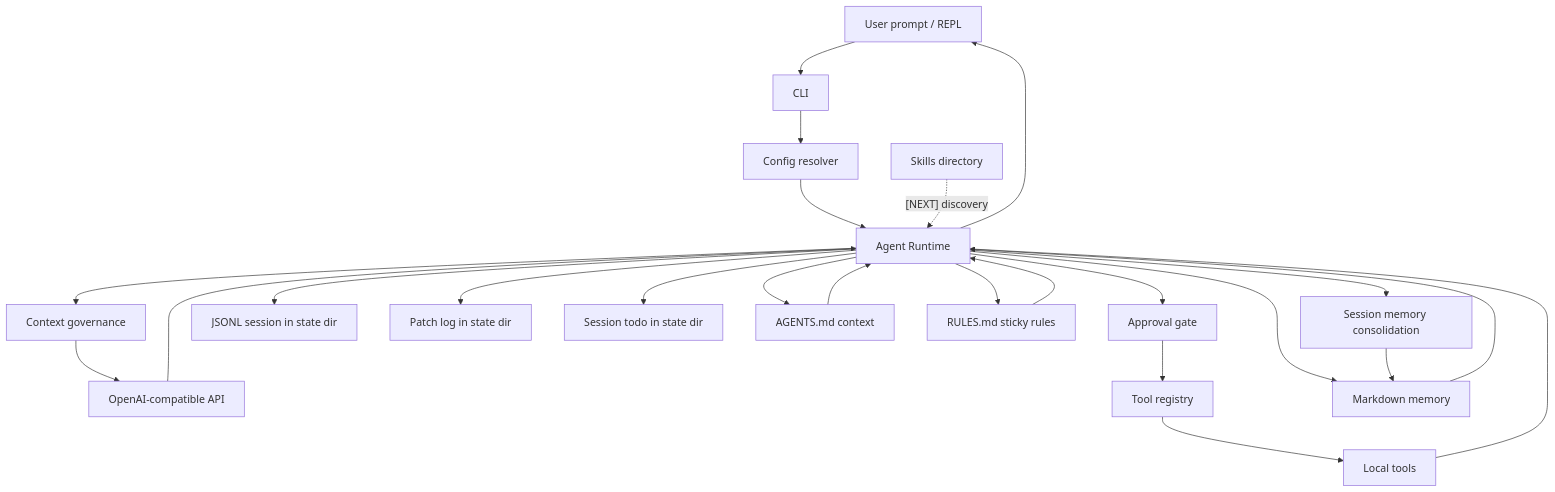
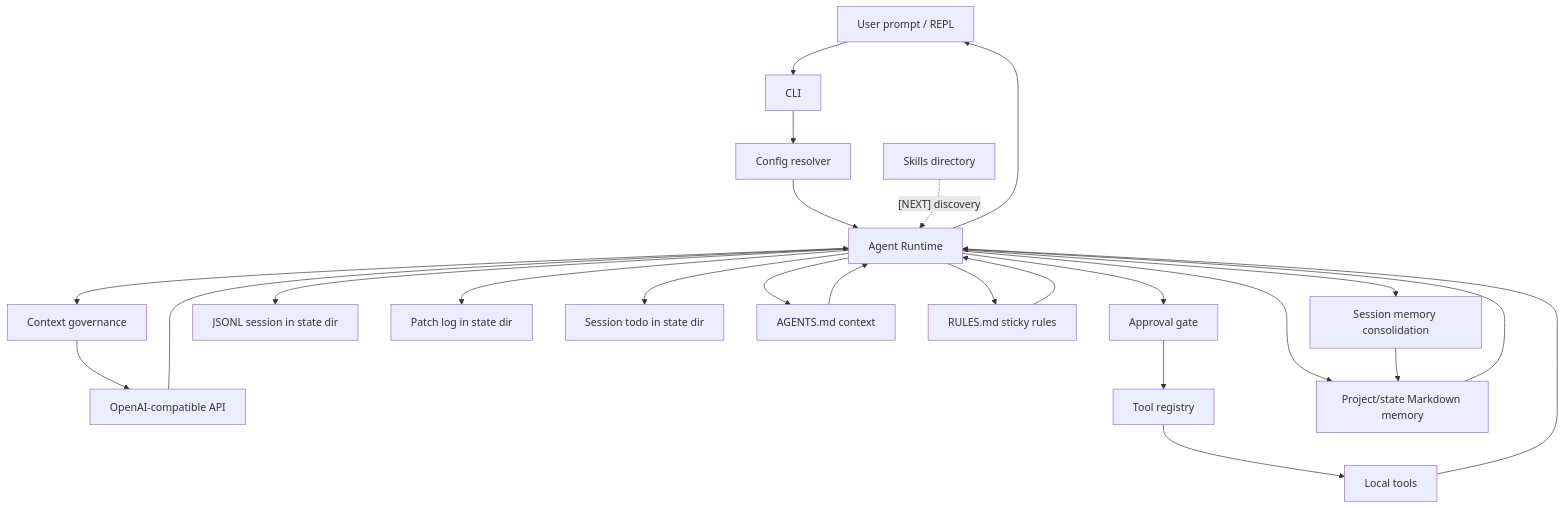
One commit to noone6931/lca-private-handoff-20260803 changed the diagram in docs/architecture.md. Above: the diagram before and after it, drawn with Mermaid. The commit also changed other lines of this file and 12 other files, not shown here.

````diff
--- a/docs/architecture.md
+++ b/docs/architecture.md
@@ -57,26 +57,26 @@
 ```mermaid
 flowchart TD
   U["User prompt / REPL"] --> CLI["CLI"]
   CLI --> CFG["Config resolver"]
   CFG --> RT["Agent Runtime"]
   RT --> CTX["Context governance"]
   CTX --> LLM["OpenAI-compatible API"]
   LLM --> RT
   RT --> APR["Approval gate"]
   APR --> REG["Tool registry"]
   REG --> TOOLS["Local tools"]
   TOOLS --> RT
   RT --> SESS["JSONL session in state dir"]
   RT --> PATCH["Patch log in state dir"]
   RT --> TODO["Session todo in state dir"]
   RT --> CTFILE["AGENTS.md context"]
   RT --> RULES["RULES.md sticky rules"]
-  RT --> MEM["Markdown memory"]
+  RT --> MEM["Project/state Markdown memory"]
   RT --> MC["Session memory consolidation"]
   CTFILE --> RT
   RULES --> RT
   MEM --> RT
   MC --> MEM
   SKILL["Skills directory"] -. "[NEXT] discovery" .-> RT
   RT --> U
 ```
````
